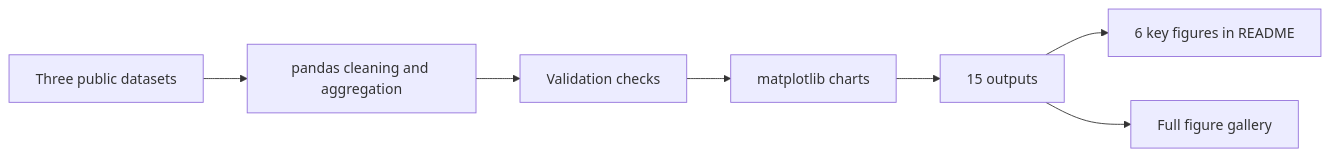
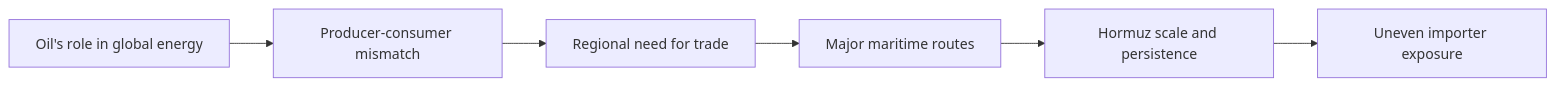
The diagram in Project-01-Hormuz-Energy-Risk/README.md (ZiyuanLi-Econ/Python-Program), drawn with Mermaid before and after one commit. The commit also changed other lines of this file, not shown here.

````diff
--- a/Project-01-Hormuz-Energy-Risk/README.md
+++ b/Project-01-Hormuz-Energy-Risk/README.md
@@ -21,9 +21,8 @@
 ```mermaid
 flowchart LR
-    A["Three public datasets"] --> B["pandas cleaning and aggregation"]
-    B --> C["Validation checks"]
-    C --> D["matplotlib charts"]
-    D --> E["15 outputs"]
-    E --> F["6 key figures in README"]
-    E --> G["Full figure gallery"]
+    A["Oil's role in global energy"] --> B["Producer-consumer mismatch"]
+    B --> C["Regional need for trade"]
+    C --> D["Major maritime routes"]
+    D --> E["Hormuz scale and persistence"]
+    E --> F["Uneven importer exposure"]
 ```
````
